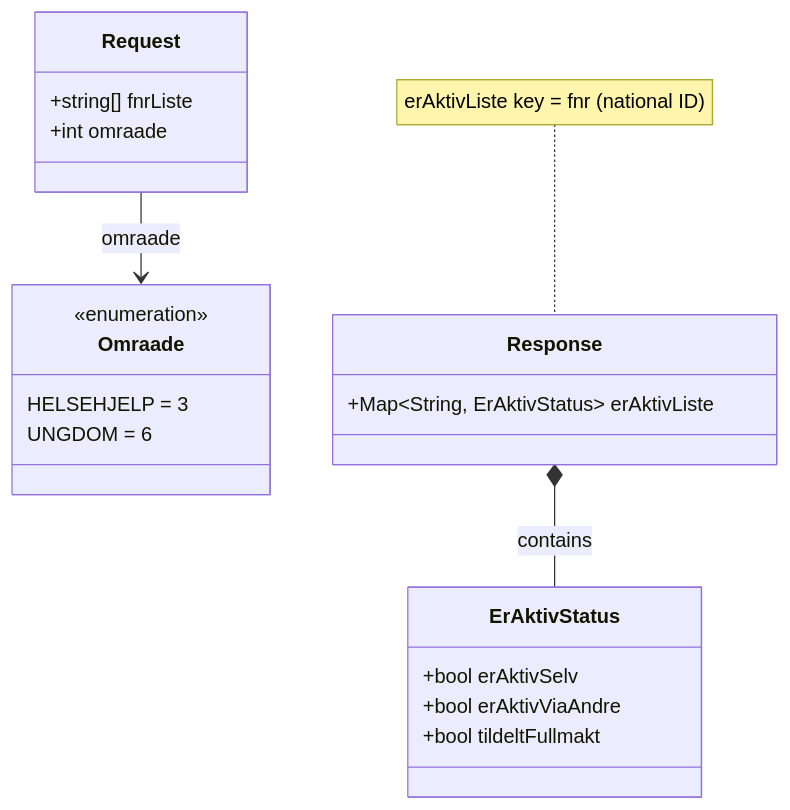
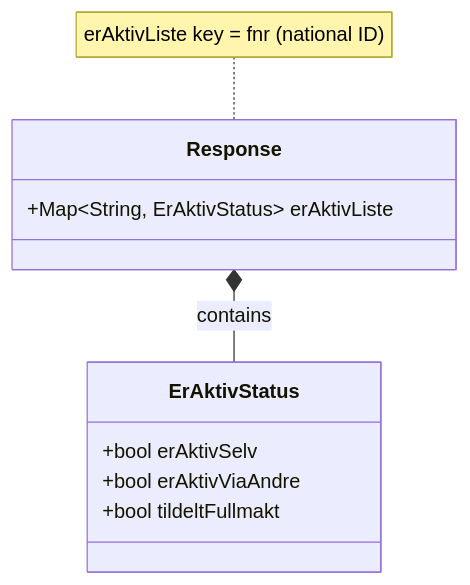
Before and after one commit to richardmax-visma/NHN_Documentation: the second of 2 diagrams in APIs/HelsenorgeAktivSjekken/Relations/README.md, drawn with Mermaid. The commit also changed 3 other files, not shown here.

````diff
--- a/APIs/HelsenorgeAktivSjekken/Relations/README.md
+++ b/APIs/HelsenorgeAktivSjekken/Relations/README.md
@@ -7,29 +26,17 @@
 ```mermaid
 classDiagram
-	class Request {
-		+string[] fnrListe
-		+int omraade
-	}
-
-	class Omraade {
-		<<enumeration>>
-		HELSEHJELP = 3
-		UNGDOM = 6
-	}
-
 	class Response {
 		+Map~String, ErAktivStatus~ erAktivListe
 	}
 
 	note for Response "erAktivListe key = fnr (national ID)"
 
 	class ErAktivStatus {
 		+bool erAktivSelv
 		+bool erAktivViaAndre
 		+bool tildeltFullmakt
 	}
 
-	Request --> Omraade : omraade
 	Response *-- ErAktivStatus : contains
 
 ```
````
